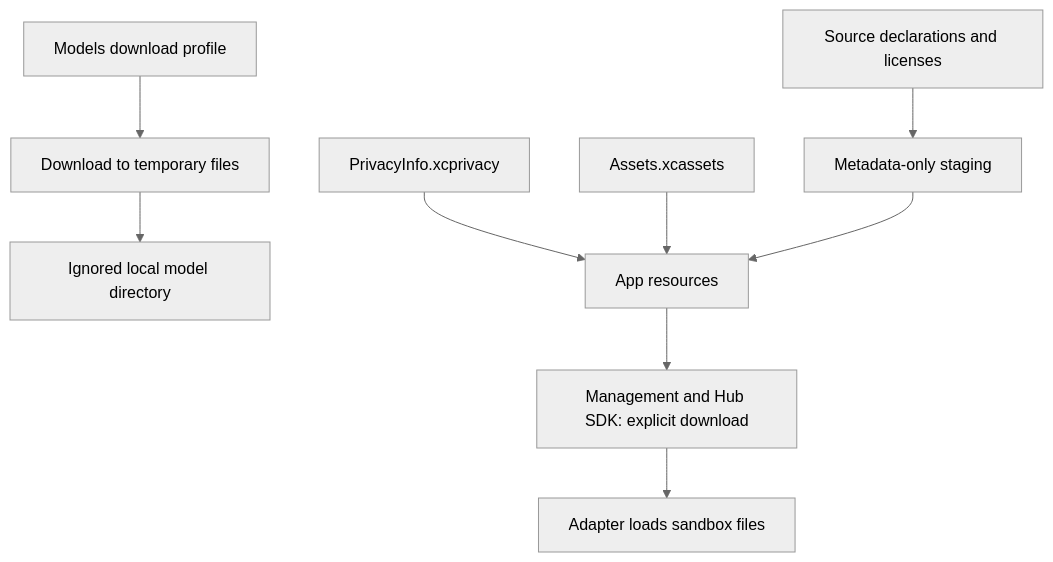
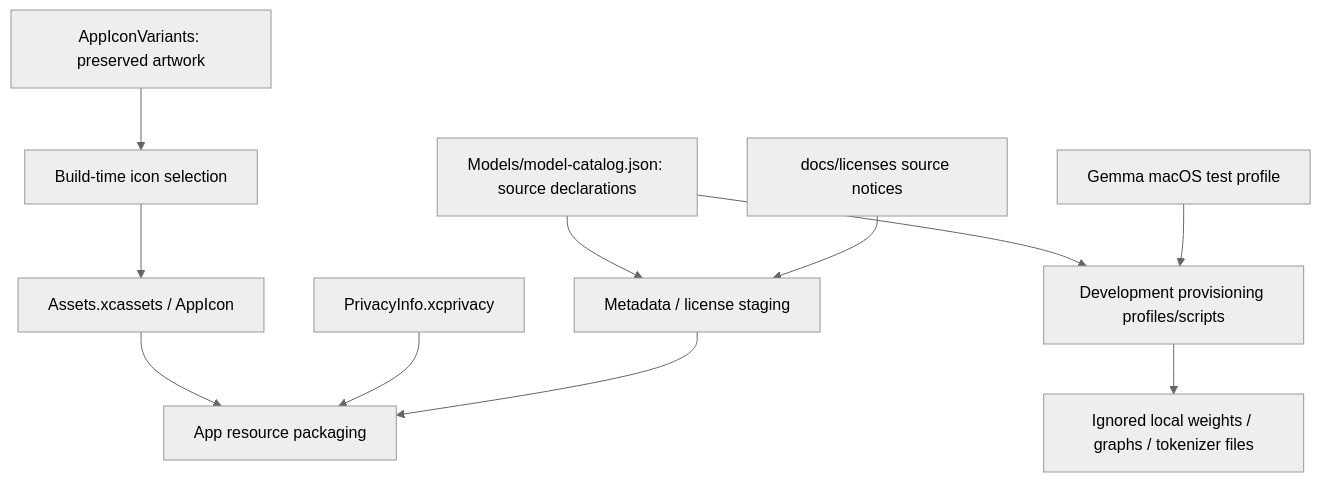
The second of 2 diagrams in MobileHarness/Resources/README.md (devilyouwei/MobileHarness), drawn with Mermaid (neutral theme) before and after one commit. The commit also changed other lines of this file and 238 other files, not shown here.

````diff
--- a/MobileHarness/Resources/README.md
+++ b/MobileHarness/Resources/README.md
@@ -36,11 +30,13 @@
 ```mermaid
-flowchart TD
-    Profile[Models download profile] --> Download[Download to temporary files]
-    Download --> Local[Ignored local model directory]
-    Catalog[Source declarations and licenses] --> Stage[Metadata-only staging]
-    Privacy[PrivacyInfo.xcprivacy] --> Bundle[App resources]
-    Icon[Assets.xcassets] --> Bundle
-    Stage --> Bundle
-    Bundle --> Acquire[Management and Hub SDK: explicit download]
-    Acquire --> Loader[Adapter loads sandbox files]
+flowchart TB
+    Icons[AppIconVariants: preserved artwork] --> Select[Build-time icon selection]
+    Select --> Assets[Assets.xcassets / AppIcon]
+    Assets --> Package[App resource packaging]
+    Privacy[PrivacyInfo.xcprivacy] --> Package
+    Catalog[Models/model-catalog.json: source declarations] --> Stage[Metadata / license staging]
+    Notices[docs/licenses source notices] --> Stage
+    Stage --> Package
+    Catalog --> Developer[Development provisioning profiles/scripts]
+    MacProfile[Gemma macOS test profile] --> Developer
+    Developer --> Ignored[Ignored local weights / graphs / tokenizer files]
 ```
````
